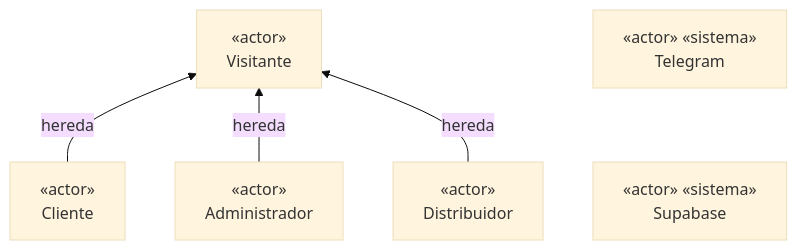
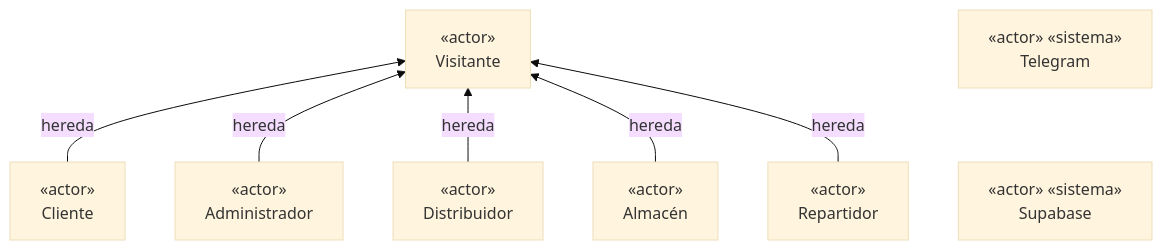
One commit to Almartinezlima/AML-AgroTech changed the first of 8 diagrams in docs/uml/casos-de-uso.md. Above: the diagram before and after it, drawn with Mermaid (base theme). The commit also changed other lines of this file and 11 other files, not shown here.

Commit message:
docs(almacen): specs, casos de uso, UML (clases, estados, secuencia) y OpenAPI de la fase 9C

````diff
--- a/docs/uml/casos-de-uso.md
+++ b/docs/uml/casos-de-uso.md
@@ -18,13 +18,17 @@
 ```mermaid
 flowchart BT
   V["«actor»<br/>Visitante"]
   C["«actor»<br/>Cliente"]
   A["«actor»<br/>Administrador"]
   D["«actor»<br/>Distribuidor"]
+  AL["«actor»<br/>Almacén"]
+  R["«actor»<br/>Repartidor"]
   S["«actor» «sistema»<br/>Supabase"]
   T["«actor» «sistema»<br/>Telegram"]
   C -->|hereda| V
   A -->|hereda| V
   D -->|hereda| V
+  AL -->|hereda| V
+  R -->|hereda| V
   S ~~~ T
 ```
````
